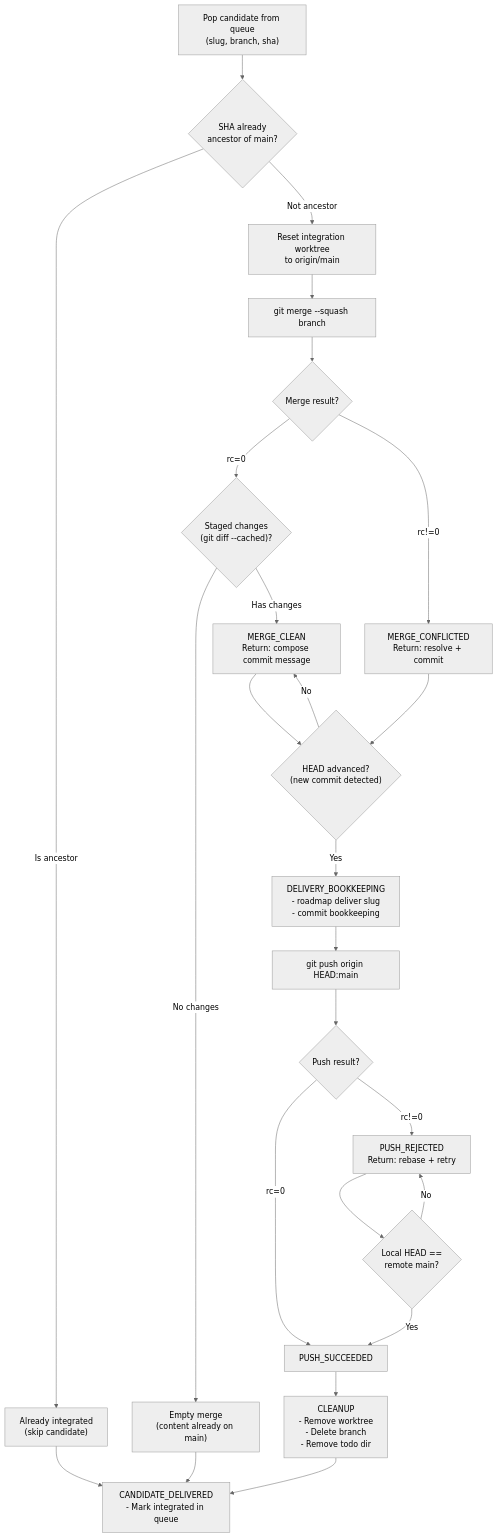
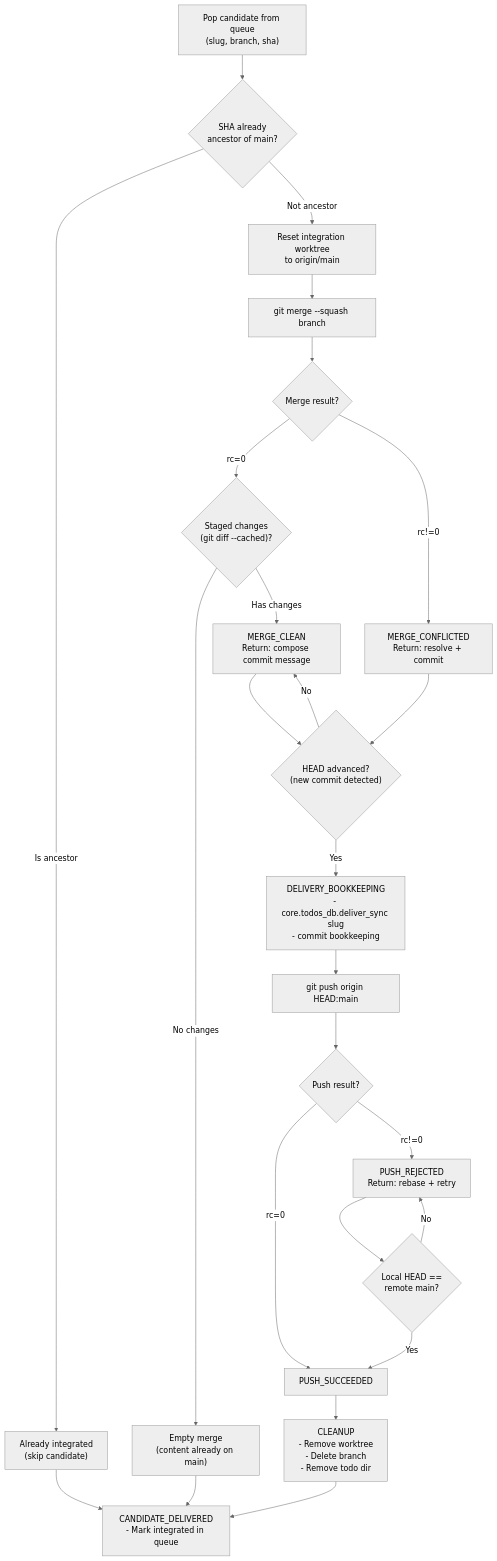
One commit to InstruktAI/TeleClaude changed the second of 12 diagrams in docs/project/design/architecture/integration-state-machine.md. Above: the diagram before and after it, drawn with Mermaid (neutral theme). The commit also changed other lines of this file and 74 other files, not shown here.

First line of the commit message:
refactor(todo-ordering-and-roadmap-namespace-collapse): collapse roadmap CLI into todo + derive section ordering

````diff
--- a/docs/project/design/architecture/integration-state-machine.md
+++ b/docs/project/design/architecture/integration-state-machine.md
@@ -151,72 +152,72 @@
 ```mermaid
 flowchart TD
     Pop["Pop candidate from queue<br/>(slug, branch, sha)"]
 
     AncestryCheck{"SHA already<br/>ancestor of main?"}
 
     SetupWorktree["Reset integration worktree<br/>to origin/main"]
 
     SquashMerge["git merge --squash branch"]
 
     MergeResult{"Merge result?"}
 
     EmptyCheck{"Staged changes<br/>(git diff --cached)?"}
 
     CleanMerge["MERGE_CLEAN<br/>Return: compose commit message"]
     ConflictMerge["MERGE_CONFLICTED<br/>Return: resolve + commit"]
 
     CommitCheck{"HEAD advanced?<br/>(new commit detected)"}
 
-    Bookkeeping["DELIVERY_BOOKKEEPING<br/>- roadmap deliver slug<br/>- commit bookkeeping"]
+    Bookkeeping["DELIVERY_BOOKKEEPING<br/>- core.todos_db.deliver_sync slug<br/>- commit bookkeeping"]
 
     Push["git push origin HEAD:main"]
 
     PushResult{"Push result?"}
 
     PushOK["PUSH_SUCCEEDED"]
     PushFail["PUSH_REJECTED<br/>Return: rebase + retry"]
 
     RecoveryCheck{"Local HEAD ==<br/>remote main?"}
 
     DoCleanup["CLEANUP<br/>- Remove worktree<br/>- Delete branch<br/>- Remove todo dir"]
 
     Delivered["CANDIDATE_DELIVERED<br/>- Mark integrated in queue"]
 
     AlreadyMerged["Already integrated<br/>(skip candidate)"]
     EmptyMerge["Empty merge<br/>(content already on main)"]
 
     Pop --> AncestryCheck
     AncestryCheck -->|"Is ancestor"| AlreadyMerged
     AncestryCheck -->|"Not ancestor"| SetupWorktree
 
     SetupWorktree --> SquashMerge
     SquashMerge --> MergeResult
 
     MergeResult -->|"rc=0"| EmptyCheck
     MergeResult -->|"rc!=0"| ConflictMerge
 
     EmptyCheck -->|"No changes"| EmptyMerge
     EmptyCheck -->|"Has changes"| CleanMerge
 
     CleanMerge --> CommitCheck
     ConflictMerge --> CommitCheck
 
     CommitCheck -->|"Yes"| Bookkeeping
     CommitCheck -->|"No"| CleanMerge
 
     Bookkeeping --> Push
     Push --> PushResult
 
     PushResult -->|"rc=0"| PushOK
     PushResult -->|"rc!=0"| PushFail
 
     PushFail --> RecoveryCheck
     RecoveryCheck -->|"Yes"| PushOK
     RecoveryCheck -->|"No"| PushFail
 
     PushOK --> DoCleanup
     DoCleanup --> Delivered
 
     AlreadyMerged --> Delivered
     EmptyMerge --> Delivered
 ```
````
